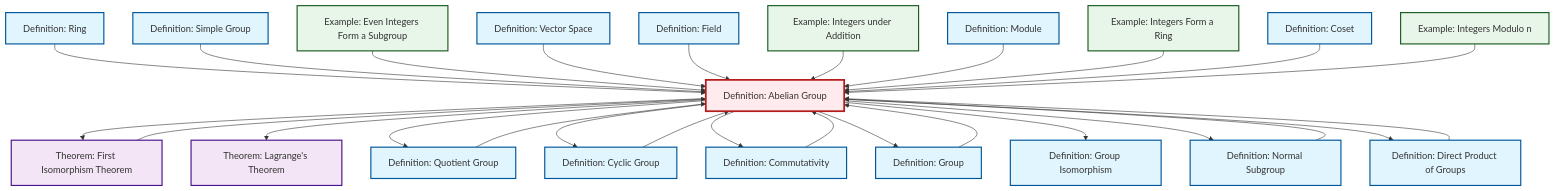
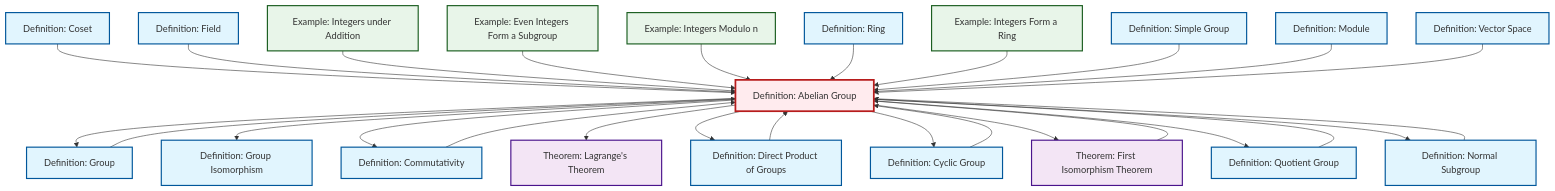
The diagram in content/en/algebra/def-abelian-group.qmd (RK0429/ModernMath), drawn with Mermaid before and after one commit. The commit also changed other lines of this file and 597 other files, not shown here.

````diff
--- a/content/en/algebra/def-abelian-group.qmd
+++ b/content/en/algebra/def-abelian-group.qmd
@@ -103,75 +103,75 @@
 ```{mermaid}
 %%| fig-cap: "Local dependency graph"
 graph TD
     classDef definition fill:#e1f5fe,stroke:#01579b,stroke-width:2px
     classDef theorem fill:#f3e5f5,stroke:#4a148c,stroke-width:2px
     classDef axiom fill:#fff3e0,stroke:#e65100,stroke-width:2px
     classDef example fill:#e8f5e9,stroke:#1b5e20,stroke-width:2px
     classDef current fill:#ffebee,stroke:#b71c1c,stroke-width:3px
-    def-module["Definition: Module"]:::definition
-    def-ring["Definition: Ring"]:::definition
+    ex-quotient-integers-mod-n["Example: Integers Modulo n"]:::example
+    def-normal-subgroup["Definition: Normal Subgroup"]:::definition
+    thm-first-isomorphism["Theorem: First Isomorphism Theorem"]:::theorem
+    def-direct-product["Definition: Direct Product of Groups"]:::definition
+    ex-even-integers-subgroup["Example: Even Integers Form a Subgroup"]:::example
+    def-cyclic-group["Definition: Cyclic Group"]:::definition
+    ex-integers-addition["Example: Integers under Addition"]:::example
+    def-isomorphism["Definition: Group Isomorphism"]:::definition
+    def-group["Definition: Group"]:::definition
     thm-lagrange["Theorem: Lagrange's Theorem"]:::theorem
-    def-abelian-group["Definition: Abelian Group"]:::definition
-    def-isomorphism["Definition: Group Isomorphism"]:::definition
-    def-cyclic-group["Definition: Cyclic Group"]:::definition
+    def-coset["Definition: Coset"]:::definition
     def-field["Definition: Field"]:::definition
     def-commutativity["Definition: Commutativity"]:::definition
+    def-quotient-group["Definition: Quotient Group"]:::definition
+    def-simple-group["Definition: Simple Group"]:::definition
+    def-module["Definition: Module"]:::definition
     def-vector-space["Definition: Vector Space"]:::definition
-    ex-integers-addition["Example: Integers under Addition"]:::example
-    ex-even-integers-subgroup["Example: Even Integers Form a Subgroup"]:::example
-    thm-first-isomorphism["Theorem: First Isomorphism Theorem"]:::theorem
-    def-simple-group["Definition: Simple Group"]:::definition
-    def-group["Definition: Group"]:::definition
+    def-ring["Definition: Ring"]:::definition
+    def-abelian-group["Definition: Abelian Group"]:::definition
     ex-integers-ring["Example: Integers Form a Ring"]:::example
-    def-normal-subgroup["Definition: Normal Subgroup"]:::definition
-    def-direct-product["Definition: Direct Product of Groups"]:::definition
-    def-quotient-group["Definition: Quotient Group"]:::definition
-    def-coset["Definition: Coset"]:::definition
-    ex-quotient-integers-mod-n["Example: Integers Modulo n"]:::example
-    def-ring --> def-abelian-group
-    def-abelian-group --> thm-first-isomorphism
+    def-coset --> def-abelian-group
+    def-direct-product --> def-abelian-group
+    def-abelian-group --> def-group
+    def-field --> def-abelian-group
+    ex-integers-addition --> def-abelian-group
+    ex-even-integers-subgroup --> def-abelian-group
+    def-abelian-group --> def-isomorphism
+    def-normal-subgroup --> def-abelian-group
+    def-abelian-group --> def-commutativity
     def-abelian-group --> thm-lagrange
-    def-abelian-group --> def-quotient-group
-    def-simple-group --> def-abelian-group
-    def-commutativity --> def-abelian-group
-    def-abelian-group --> def-cyclic-group
-    ex-even-integers-subgroup --> def-abelian-group
-    def-abelian-group --> def-commutativity
-    def-cyclic-group --> def-abelian-group
-    def-abelian-group --> def-group
-    def-normal-subgroup --> def-abelian-group
-    def-vector-space --> def-abelian-group
-    def-field --> def-abelian-group
-    thm-first-isomorphism --> def-abelian-group
-    ex-integers-addition --> def-abelian-group
-    def-group --> def-abelian-group
-    def-quotient-group --> def-abelian-group
-    def-abelian-group --> def-isomorphism
-    def-module --> def-abelian-group
-    ex-integers-ring --> def-abelian-group
-    def-abelian-group --> def-normal-subgroup
-    def-direct-product --> def-abelian-group
-    def-coset --> def-abelian-group
     ex-quotient-integers-mod-n --> def-abelian-group
     def-abelian-group --> def-direct-product
+    def-abelian-group --> def-cyclic-group
+    thm-first-isomorphism --> def-abelian-group
+    def-ring --> def-abelian-group
+    ex-integers-ring --> def-abelian-group
+    def-commutativity --> def-abelian-group
+    def-cyclic-group --> def-abelian-group
+    def-simple-group --> def-abelian-group
+    def-quotient-group --> def-abelian-group
+    def-abelian-group --> thm-first-isomorphism
+    def-group --> def-abelian-group
+    def-abelian-group --> def-quotient-group
+    def-module --> def-abelian-group
+    def-vector-space --> def-abelian-group
+    def-abelian-group --> def-normal-subgroup
     class def-abelian-group current
-    click def-module "def-module.html" "Go to Module definition"
-    click def-ring "def-ring.html" "Go to Ring definition"
+    click ex-quotient-integers-mod-n "ex-quotient-integers-mod-n.html" "Go to Integers Modulo n example"
+    click def-normal-subgroup "def-normal-subgroup.html" "Go to Normal Subgroup definition"
+    click thm-first-isomorphism "thm-first-isomorphism.html" "Go to First Isomorphism Theorem theorem"
+    click def-direct-product "def-direct-product.html" "Go to Direct Product of Groups definition"
+    click ex-even-integers-subgroup "ex-even-integers-subgroup.html" "Go to Even Integers Form a Subgroup example"
+    click def-cyclic-group "def-cyclic-group.html" "Go to Cyclic Group definition"
+    click ex-integers-addition "ex-integers-addition.html" "Go to Integers under Addition example"
+    click def-isomorphism "def-isomorphism.html" "Go to Group Isomorphism definition"
+    click def-group "def-group.html" "Go to Group definition"
     click thm-lagrange "thm-lagrange.html" "Go to Lagrange's Theorem theorem"
-    click def-isomorphism "def-isomorphism.html" "Go to Group Isomorphism definition"
-    click def-cyclic-group "def-cyclic-group.html" "Go to Cyclic Group definition"
+    click def-coset "def-coset.html" "Go to Coset definition"
     click def-field "def-field.html" "Go to Field definition"
     click def-commutativity "def-commutativity.html" "Go to Commutativity definition"
+    click def-quotient-group "def-quotient-group.html" "Go to Quotient Group definition"
+    click def-simple-group "def-simple-group.html" "Go to Simple Group definition"
+    click def-module "def-module.html" "Go to Module definition"
     click def-vector-space "def-vector-space.html" "Go to Vector Space definition"
-    click ex-integers-addition "ex-integers-addition.html" "Go to Integers under Addition example"
-    click ex-even-integers-subgroup "ex-even-integers-subgroup.html" "Go to Even Integers Form a Subgroup example"
-    click thm-first-isomorphism "thm-first-isomorphism.html" "Go to First Isomorphism Theorem theorem"
-    click def-simple-group "def-simple-group.html" "Go to Simple Group definition"
-    click def-group "def-group.html" "Go to Group definition"
+    click def-ring "def-ring.html" "Go to Ring definition"
     click ex-integers-ring "ex-integers-ring.html" "Go to Integers Form a Ring example"
-    click def-normal-subgroup "def-normal-subgroup.html" "Go to Normal Subgroup definition"
-    click def-direct-product "def-direct-product.html" "Go to Direct Product of Groups definition"
-    click def-quotient-group "def-quotient-group.html" "Go to Quotient Group definition"
-    click def-coset "def-coset.html" "Go to Coset definition"
-    click ex-quotient-integers-mod-n "ex-quotient-integers-mod-n.html" "Go to Integers Modulo n example"
 ```
````
